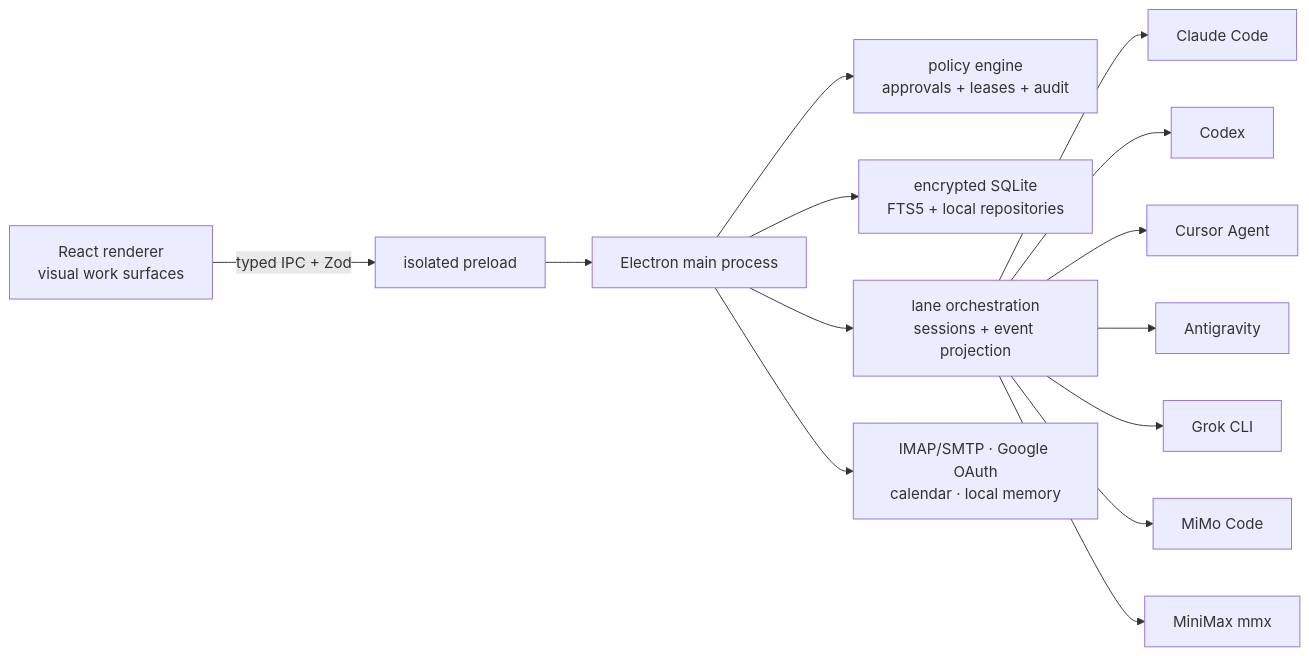
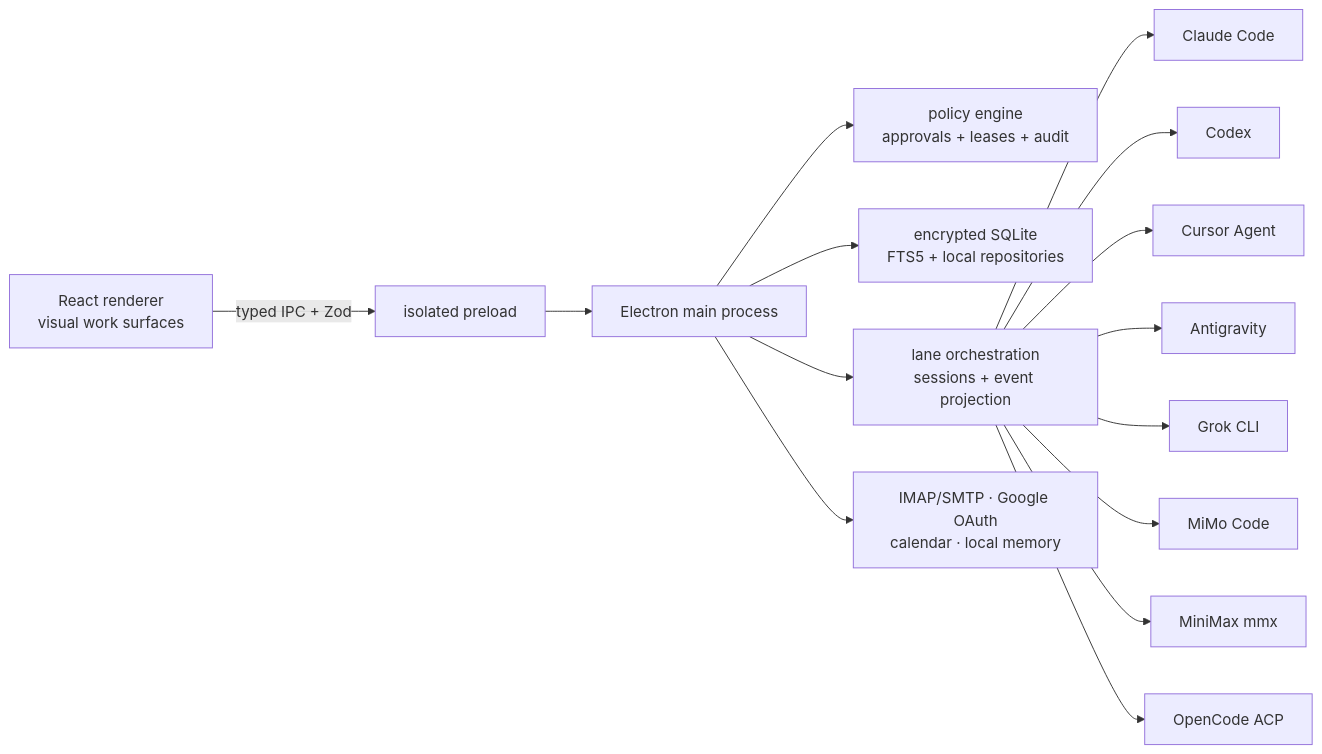
The diagram in README.md (OkamiOps/OkamiCode), drawn with Mermaid before and after one commit. The commit also changed other lines of this file and 9 other files, not shown here.

Commit message:
fix: close OpenCode ACP harness boundary

````diff
--- a/README.md
+++ b/README.md
@@ -88,16 +94,17 @@
 ```mermaid
 flowchart LR
   UI["React renderer\nvisual work surfaces"] -->|"typed IPC + Zod"| PRELOAD["isolated preload"]
   PRELOAD --> MAIN["Electron main process"]
   MAIN --> POLICY["policy engine\napprovals + leases + audit"]
   MAIN --> DATA["encrypted SQLite\nFTS5 + local repositories"]
   MAIN --> ORCH["lane orchestration\nsessions + event projection"]
   ORCH --> CLAUDE["Claude Code"]
   ORCH --> CODEX["Codex"]
   ORCH --> CURSOR["Cursor Agent"]
   ORCH --> AGY["Antigravity"]
   ORCH --> GROK["Grok CLI"]
   ORCH --> MIMO["MiMo Code"]
   ORCH --> MINIMAX["MiniMax mmx"]
+  ORCH --> OPENCODE["OpenCode ACP"]
   MAIN --> CONNECTORS["IMAP/SMTP · Google OAuth\ncalendar · local memory"]
 ```
````
